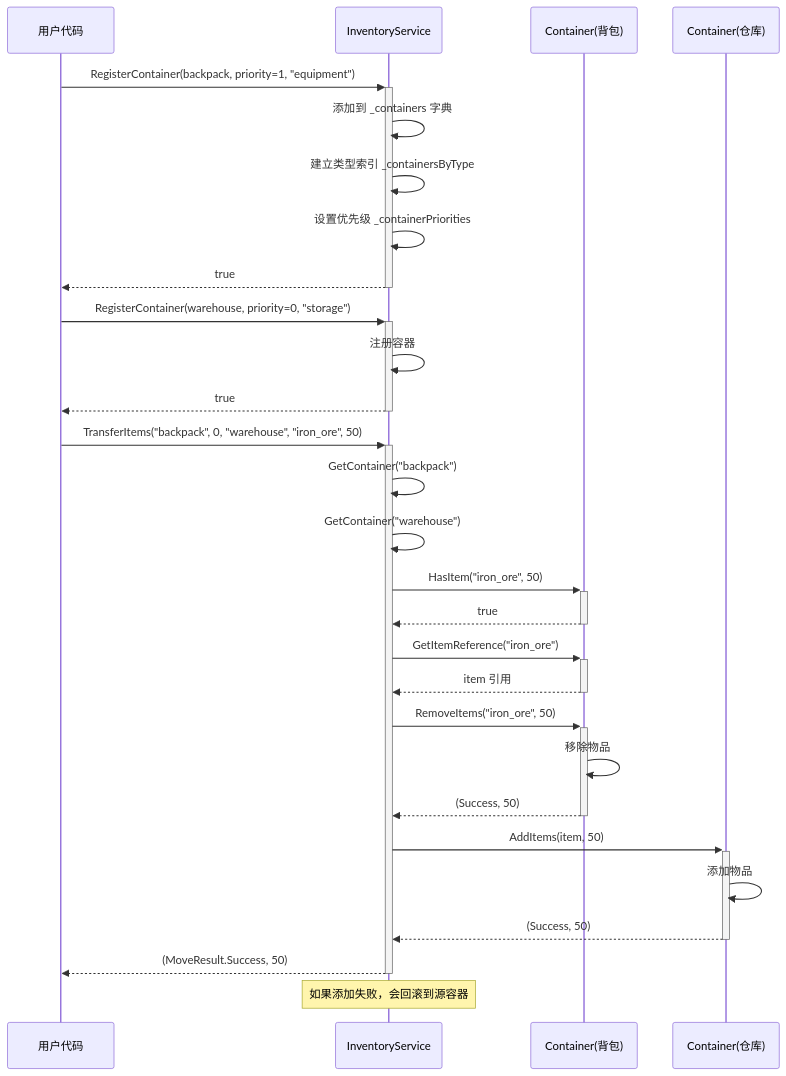
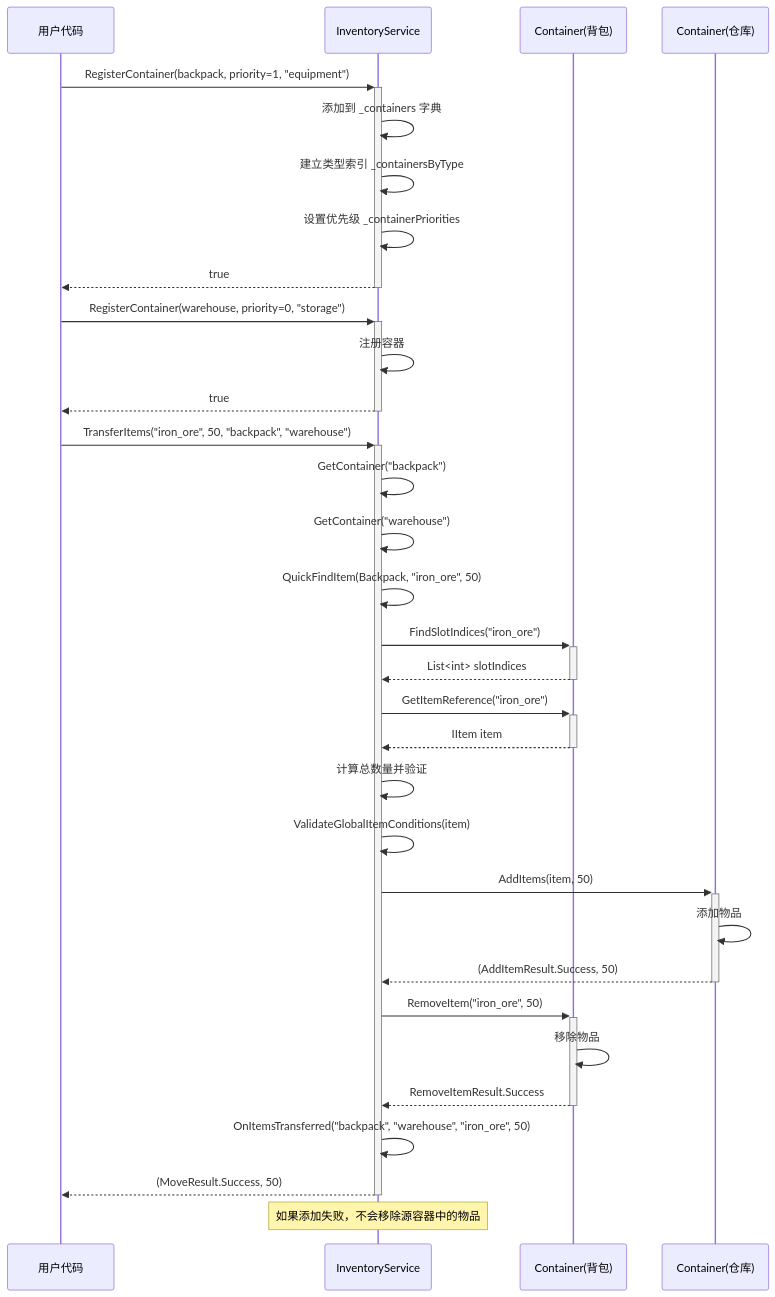
Before and after one commit to CutrelyAlex/UnityEasyPack: diagram 11 of 14 in 03_CoreSystems/Inventory/Document/Diagrams.md, drawn with Mermaid. The commit also changed other lines of this file and 8 other files, not shown here.

````diff
--- a/03_CoreSystems/Inventory/Document/Diagrams.md
+++ b/03_CoreSystems/Inventory/Document/Diagrams.md
@@ -789,39 +793,42 @@
 ```mermaid
 sequenceDiagram
     participant User as 用户代码
     participant Service as InventoryService
     participant Backpack as Container(背包)
     participant Warehouse as Container(仓库)
     
     User->>+Service: RegisterContainer(backpack, priority=1, "equipment")
     Service->>Service: 添加到 _containers 字典
     Service->>Service: 建立类型索引 _containersByType
     Service->>Service: 设置优先级 _containerPriorities
     Service-->>-User: true
     
     User->>+Service: RegisterContainer(warehouse, priority=0, "storage")
     Service->>Service: 注册容器
     Service-->>-User: true
     
-    User->>+Service: TransferItems("backpack", 0, "warehouse", "iron_ore", 50)
+    User->>+Service: TransferItems("iron_ore", 50, "backpack", "warehouse")
     Service->>Service: GetContainer("backpack")
     Service->>Service: GetContainer("warehouse")
     
-    Service->>+Backpack: HasItem("iron_ore", 50)
-    Backpack-->>-Service: true
+    Service->>Service: QuickFindItem(Backpack, "iron_ore", 50)
+    Service->>+Backpack: FindSlotIndices("iron_ore")
+    Backpack-->>-Service: List<int> slotIndices
+    Service->>+Backpack: GetItemReference("iron_ore")
+    Backpack-->>-Service: IItem item
+    Service->>Service: 计算总数量并验证
     
-    Service->>+Backpack: GetItemReference("iron_ore")
-    Backpack-->>-Service: item 引用
-    
-    Service->>+Backpack: RemoveItems("iron_ore", 50)
-    Backpack->>Backpack: 移除物品
-    Backpack-->>-Service: (Success, 50)
-    
+    Service->>Service: ValidateGlobalItemConditions(item)
     Service->>+Warehouse: AddItems(item, 50)
     Warehouse->>Warehouse: 添加物品
-    Warehouse-->>-Service: (Success, 50)
+    Warehouse-->>-Service: (AddItemResult.Success, 50)
     
+    Service->>+Backpack: RemoveItem("iron_ore", 50)
+    Backpack->>Backpack: 移除物品
+    Backpack-->>-Service: RemoveItemResult.Success
+    
+    Service->>Service: OnItemsTransferred("backpack", "warehouse", "iron_ore", 50)
     Service-->>-User: (MoveResult.Success, 50)
     
-    Note over Service: 如果添加失败，会回滚到源容器
+    Note over Service: 如果添加失败，不会移除源容器中的物品
 ```
````
